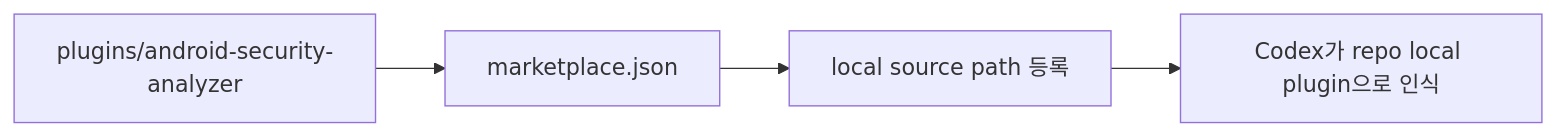
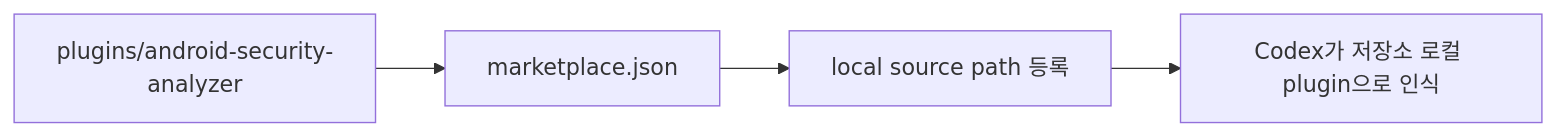
One commit to koalav/present-anyything changed the ninth of 19 diagrams in content/decks/codex-deeplink-audit-guide/source.md. Above: the diagram before and after it, drawn with Mermaid. The commit also changed other lines of this file and 26 other files, not shown here.

````diff
--- a/content/decks/codex-deeplink-audit-guide/source.md
+++ b/content/decks/codex-deeplink-audit-guide/source.md
@@ -190,6 +190,6 @@
 ```mermaid
 flowchart LR
     A[plugins/android-security-analyzer] --> B[marketplace.json]
     B --> C[local source path 등록]
-    C --> D[Codex가 repo local plugin으로 인식]
+    C --> D[Codex가 저장소 로컬 plugin으로 인식]
 ```
````
